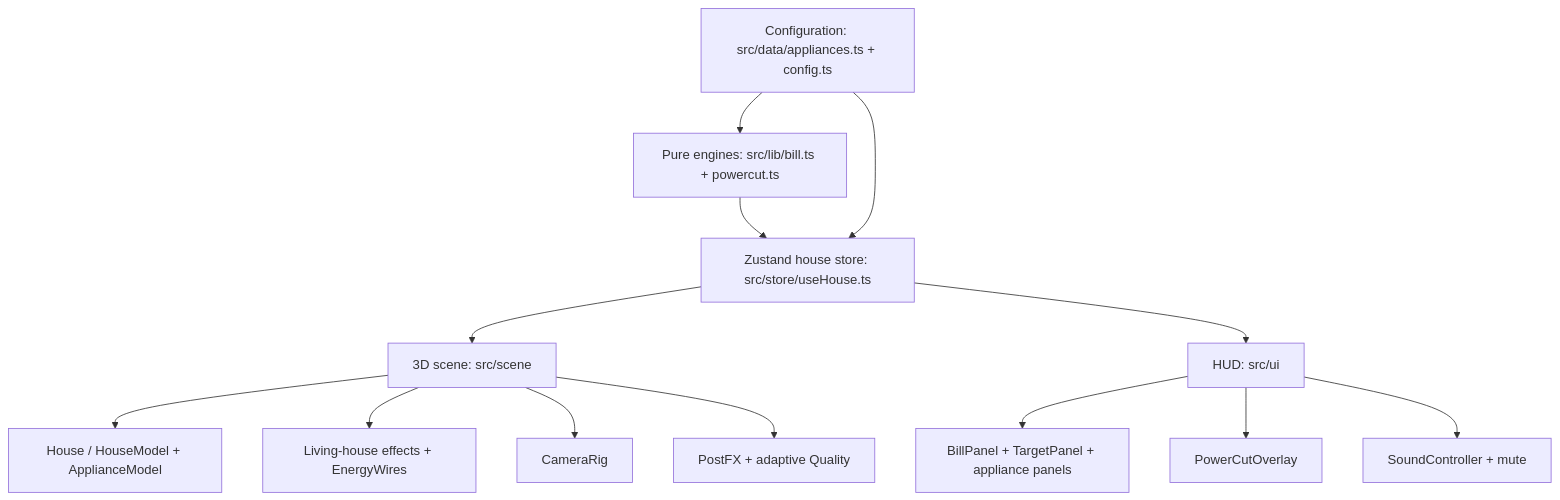
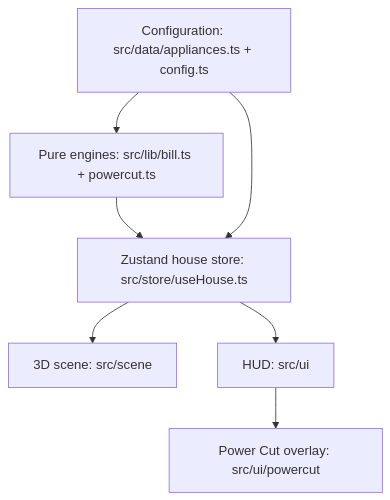
The diagram in README.md (VivekTiwary-25/watts-up), drawn with Mermaid before and after one commit. The commit also changed other lines of this file, not shown here.

````diff
--- a/README.md
+++ b/README.md
@@ -92,28 +123,16 @@
 ```mermaid
 flowchart TD
   config["Configuration: src/data/appliances.ts + config.ts"]
   engines["Pure engines: src/lib/bill.ts + powercut.ts"]
   store["Zustand house store: src/store/useHouse.ts"]
   scene["3D scene: src/scene"]
-  house["House / HouseModel + ApplianceModel"]
-  effects["Living-house effects + EnergyWires"]
-  camera["CameraRig"]
-  quality["PostFX + adaptive Quality"]
   hud["HUD: src/ui"]
-  panels["BillPanel + TargetPanel + appliance panels"]
-  overlay["PowerCutOverlay"]
-  sounds["SoundController + mute"]
+  overlay["Power Cut overlay: src/ui/powercut"]
 
   config --> engines
   engines --> store
   config --> store
   store --> scene
   store --> hud
-  scene --> house
-  scene --> effects
-  scene --> camera
-  scene --> quality
-  hud --> panels
   hud --> overlay
-  hud --> sounds
 ```
````
